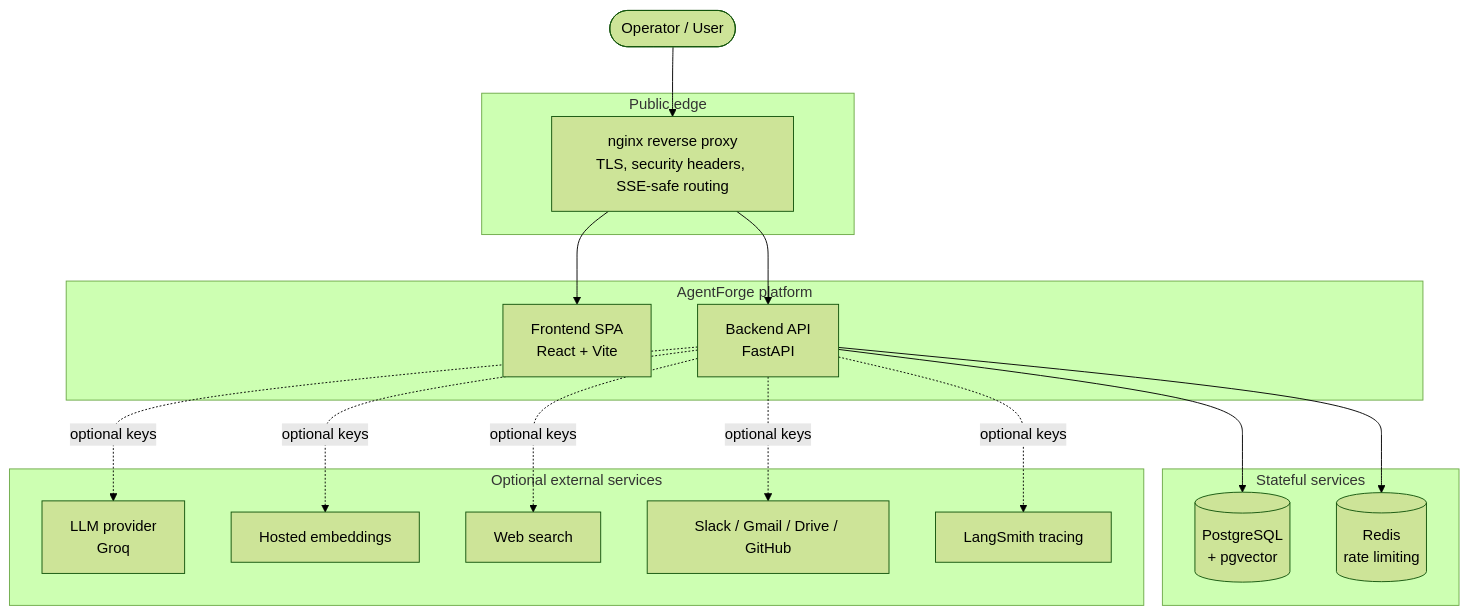
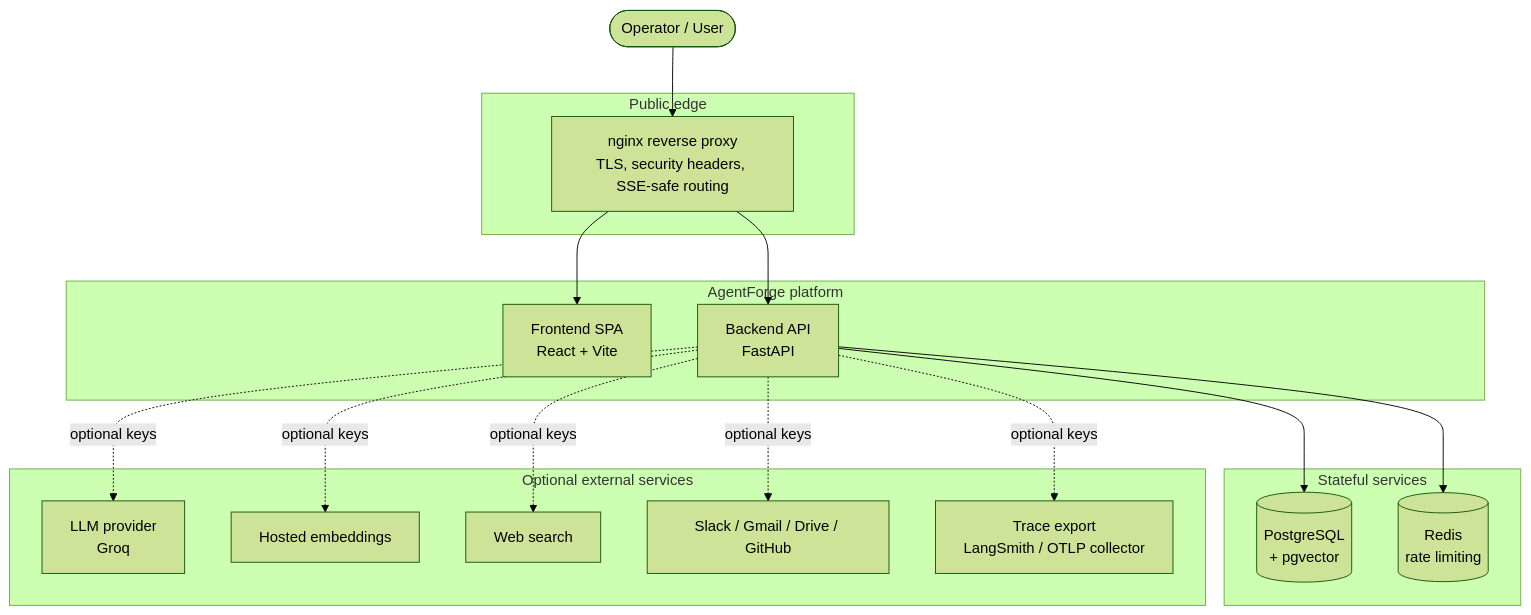
The first of 8 diagrams in docs/ARCHITECTURE_OVERVIEW.md (harshvardhan8058/Agentforgev2), drawn with Mermaid (forest theme) before and after one commit. The commit also changed other lines of this file and 35 other files, not shown here.

````diff
--- a/docs/ARCHITECTURE_OVERVIEW.md
+++ b/docs/ARCHITECTURE_OVERVIEW.md
@@ -7,33 +7,33 @@
 ```mermaid
 flowchart TB
     user([Operator / User])
     subgraph edge[Public edge]
         nginx[nginx reverse proxy<br/>TLS, security headers, SSE-safe routing]
     end
     subgraph app[AgentForge platform]
         fe[Frontend SPA<br/>React + Vite]
         be[Backend API<br/>FastAPI]
     end
     subgraph data[Stateful services]
         pg[(PostgreSQL<br/>+ pgvector)]
         redis[(Redis<br/>rate limiting)]
     end
     subgraph optional[Optional external services]
         llm[LLM provider<br/>Groq]
         emb[Hosted embeddings]
         search[Web search]
         integ[Slack / Gmail / Drive / GitHub]
-        trace[LangSmith tracing]
+        trace[Trace export<br/>LangSmith / OTLP collector]
     end
 
     user --> nginx
     nginx --> fe
     nginx --> be
     be --> pg
     be --> redis
     be -.optional keys.-> llm
     be -.optional keys.-> emb
     be -.optional keys.-> search
     be -.optional keys.-> integ
     be -.optional keys.-> trace
 ```
````
